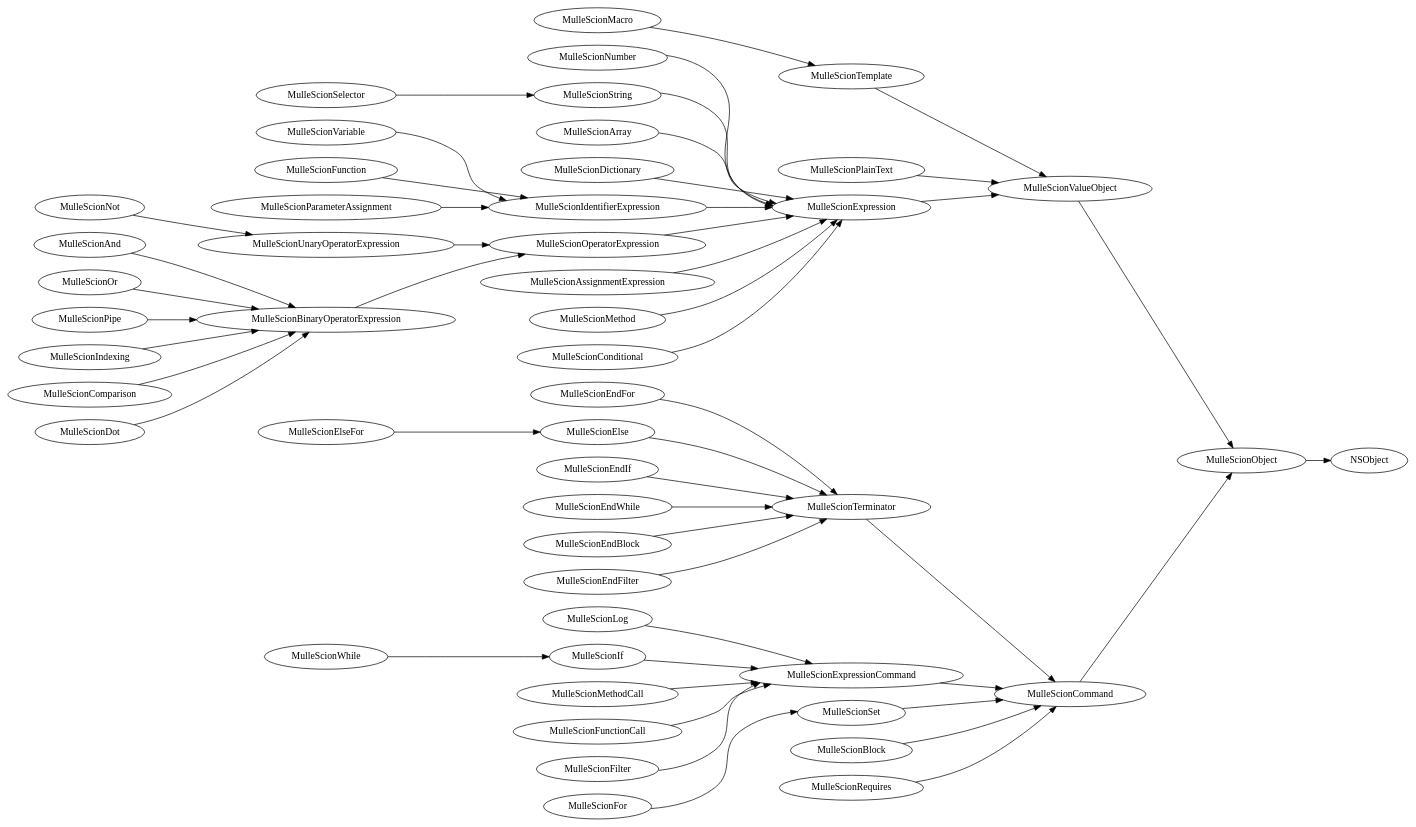
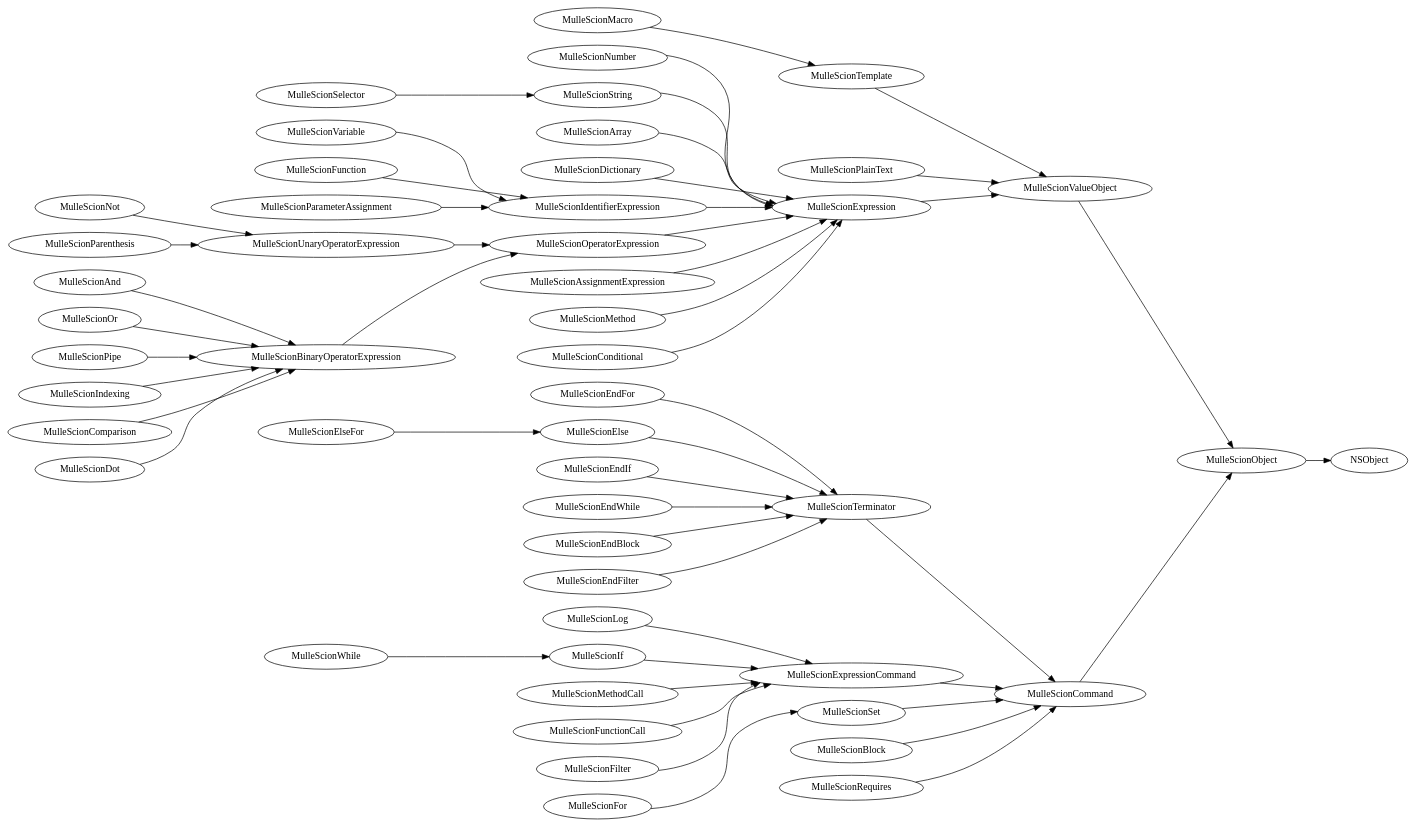
The diagram in dox/MulleScionObjectModel.dot (MulleWeb/mulle-scion), drawn with Graphviz before and after one commit. The commit also changed 56 other files, not shown here.

Commit message:
* mulle-scion now has an -I option to add to the {% includes %} searchpath * fix bug where included files broke enveloping endif

```diff
--- a/dox/MulleScionObjectModel.dot
+++ b/dox/MulleScionObjectModel.dot
@@ -1,53 +1,54 @@
 digraph name
 {
    rankdir=LR;
 
 MulleScionObject-> NSObject;
 MulleScionValueObject-> MulleScionObject;
 MulleScionTemplate-> MulleScionValueObject;
 MulleScionPlainText-> MulleScionValueObject;
 MulleScionExpression-> MulleScionValueObject;
 MulleScionNumber-> MulleScionExpression;
 MulleScionString-> MulleScionExpression;
 MulleScionSelector-> MulleScionString;
 MulleScionArray-> MulleScionExpression;
 MulleScionDictionary-> MulleScionExpression;
 MulleScionIdentifierExpression-> MulleScionExpression;
 MulleScionVariable-> MulleScionIdentifierExpression;
 MulleScionOperatorExpression-> MulleScionExpression;
 MulleScionUnaryOperatorExpression-> MulleScionOperatorExpression;
 MulleScionNot-> MulleScionUnaryOperatorExpression;
+MulleScionParenthesis-> MulleScionUnaryOperatorExpression;
 MulleScionBinaryOperatorExpression-> MulleScionOperatorExpression;
 MulleScionAnd-> MulleScionBinaryOperatorExpression;
 MulleScionOr-> MulleScionBinaryOperatorExpression;
 MulleScionPipe-> MulleScionBinaryOperatorExpression;
 MulleScionIndexing-> MulleScionBinaryOperatorExpression;
 MulleScionComparison-> MulleScionBinaryOperatorExpression;
 MulleScionDot-> MulleScionBinaryOperatorExpression;
 MulleScionFunction-> MulleScionIdentifierExpression;
 MulleScionParameterAssignment-> MulleScionIdentifierExpression;
 MulleScionAssignmentExpression-> MulleScionExpression;
 MulleScionMethod-> MulleScionExpression;
 MulleScionConditional-> MulleScionExpression;
 MulleScionCommand-> MulleScionObject;
 MulleScionTerminator-> MulleScionCommand;
 MulleScionEndFor-> MulleScionTerminator;
 MulleScionExpressionCommand-> MulleScionCommand;
 MulleScionLog-> MulleScionExpressionCommand;
 MulleScionSet-> MulleScionCommand;
 MulleScionFor-> MulleScionSet;
 MulleScionIf-> MulleScionExpressionCommand;
 MulleScionElse-> MulleScionTerminator;
 MulleScionElseFor-> MulleScionElse;
 MulleScionEndIf-> MulleScionTerminator;
 MulleScionWhile-> MulleScionIf;
 MulleScionEndWhile-> MulleScionTerminator;
 MulleScionBlock-> MulleScionCommand;
 MulleScionEndBlock-> MulleScionTerminator;
 MulleScionMethodCall-> MulleScionExpressionCommand;
 MulleScionFunctionCall-> MulleScionExpressionCommand;
 MulleScionFilter-> MulleScionExpressionCommand;
 MulleScionEndFilter-> MulleScionTerminator;
 MulleScionMacro-> MulleScionTemplate;
 MulleScionRequires-> MulleScionCommand;
 }
```
